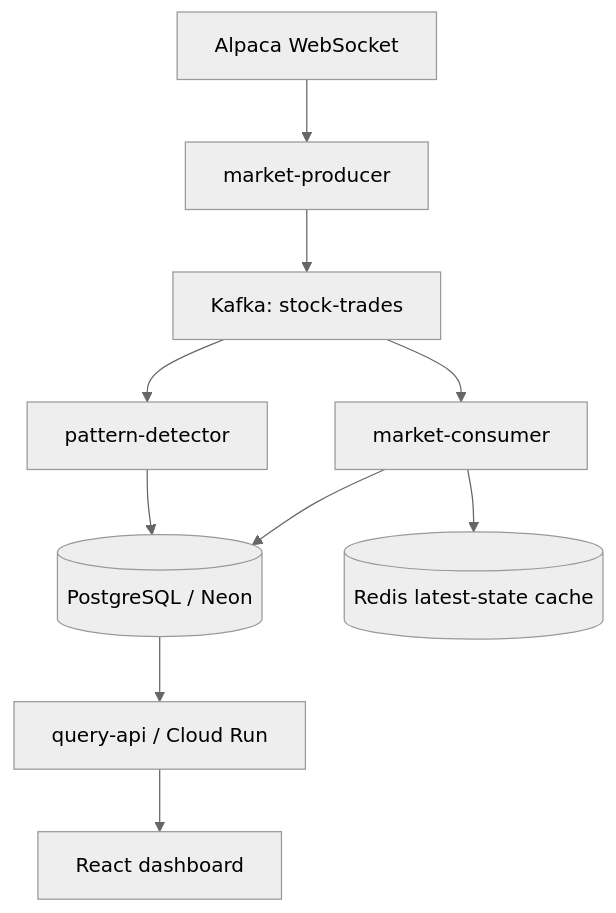
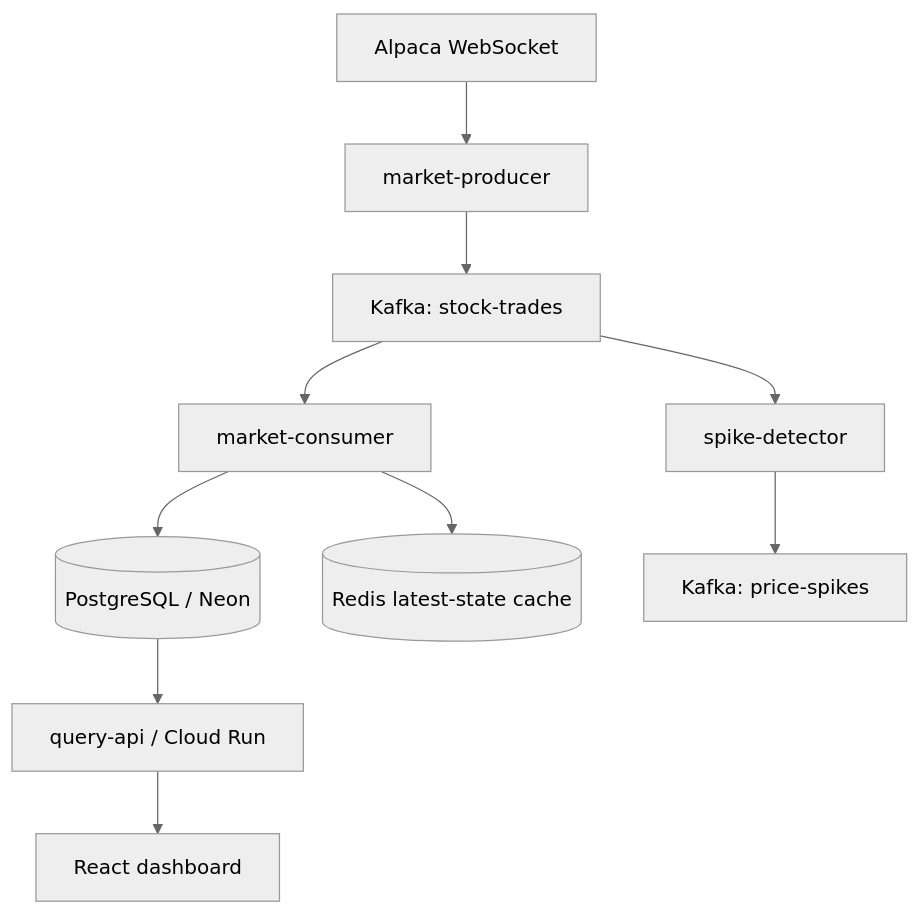
Before and after one commit to tpcleary19/real-time-market-pipeline: the diagram in README.md, drawn with Mermaid (neutral theme). The commit also changed other lines of this file and 24 other files, not shown here.

Commit message:
finished spike detector and added investigation with an AI call

````diff
--- a/README.md
+++ b/README.md
@@ -11,12 +11,12 @@
 ```mermaid
 flowchart TD
     A[Alpaca WebSocket] --> B[market-producer]
     B --> C[Kafka: stock-trades]
     C --> D[market-consumer]
     D --> E[(PostgreSQL / Neon)]
     D --> F[(Redis latest-state cache)]
-    C --> G[pattern-detector]
-    G --> E
+    C --> G[spike-detector]
+    G --> J[Kafka: price-spikes]
     E --> H[query-api / Cloud Run]
     H --> I[React dashboard]
 ```
````
